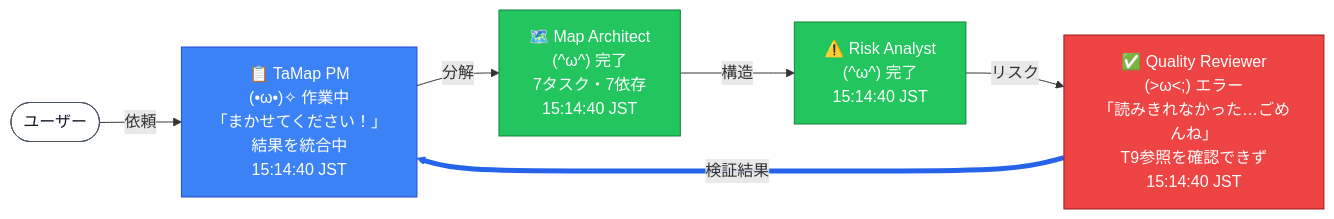
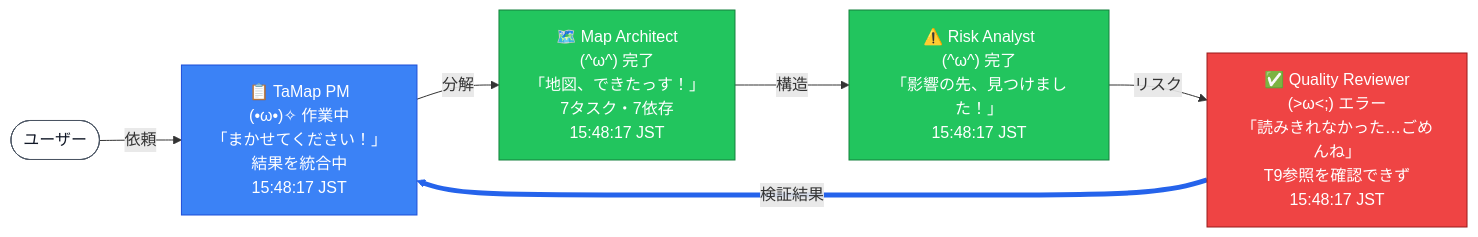
The eighth of 16 diagrams in docs/sample_output.md (nekomario28/tamap), drawn with Mermaid before and after one commit. The commit also changed other lines of this file and 8 other files, not shown here.

````diff
--- a/docs/sample_output.md
+++ b/docs/sample_output.md
@@ -253,23 +253,23 @@
 ```mermaid
 flowchart LR
   U(["ユーザー"])
-  PM["📋 TaMap PM<br>(•ω•)✧ 作業中<br>「まかせてください！」<br>結果を統合中<br>15:14:40 JST"]
-  MA["🗺️ Map Architect<br>(^ω^) 完了<br>7タスク・7依存<br>15:14:40 JST"]
-  RA["⚠️ Risk Analyst<br>(^ω^) 完了<br>15:14:40 JST"]
-  QR["✅ Quality Reviewer<br>(#gt;ω#lt;;) エラー<br>「読みきれなかった…ごめんね」<br>T9参照を確認できず<br>15:14:40 JST"]
+  PM["📋 TaMap PM<br>(•ω•)✧ 作業中<br>「まかせてください！」<br>結果を統合中<br>15:48:17 JST"]
+  MA["🗺️ Map Architect<br>(^ω^) 完了<br>「地図、できたっす！」<br>7タスク・7依存<br>15:48:17 JST"]
+  RA["⚠️ Risk Analyst<br>(^ω^) 完了<br>「影響の先、見つけました！」<br>15:48:17 JST"]
+  QR["✅ Quality Reviewer<br>(#gt;ω#lt;;) エラー<br>「読みきれなかった…ごめんね」<br>T9参照を確認できず<br>15:48:17 JST"]
   U -- 依頼 --> PM
   PM -- 分解 --> MA
   MA -- 構造 --> RA
   RA -- リスク --> QR
   QR -- 検証結果 --> PM
   classDef idle fill:#9ca3af,stroke:#4b5563,color:#111827
   classDef working fill:#3b82f6,stroke:#1d4ed8,color:#ffffff
   classDef done fill:#22c55e,stroke:#15803d,color:#ffffff
   classDef error fill:#ef4444,stroke:#991b1b,color:#ffffff
   classDef user fill:#ffffff,stroke:#4b5563,color:#111827
   class U user
   class PM working
   class MA,RA done
   class QR error
   linkStyle 4 stroke:#2563eb,stroke-width:5px
 ```
````
